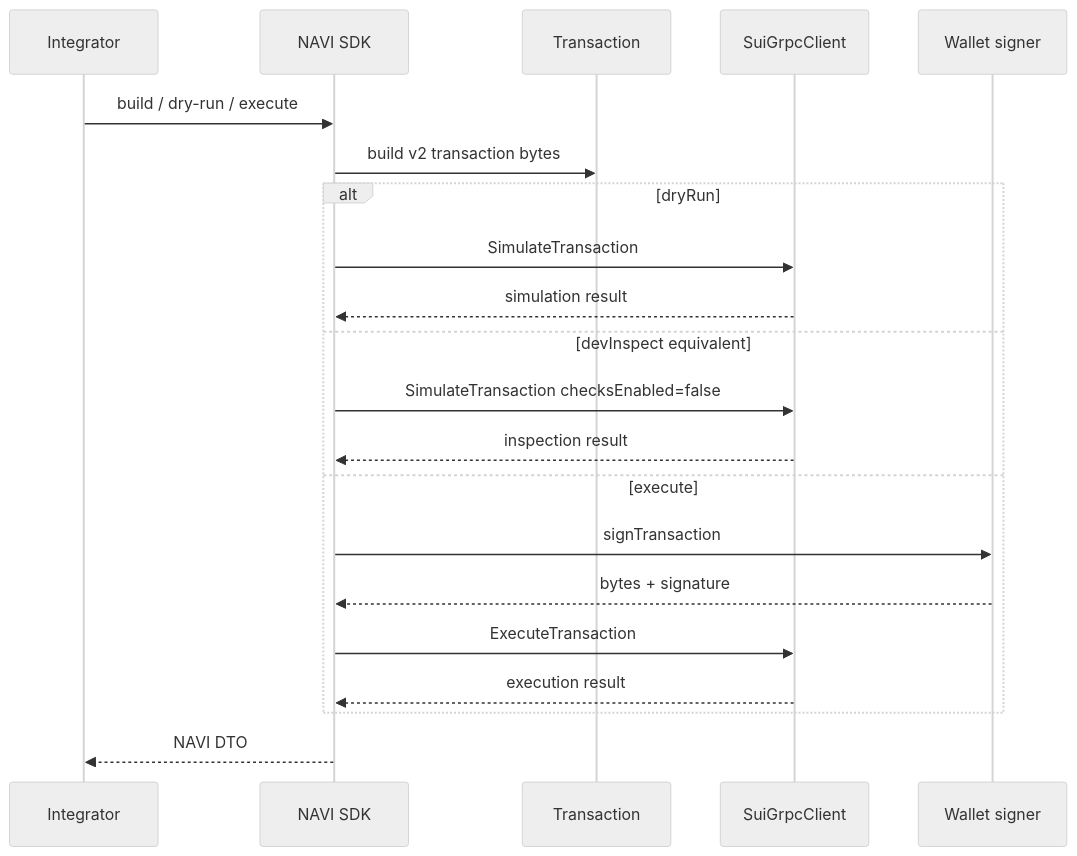
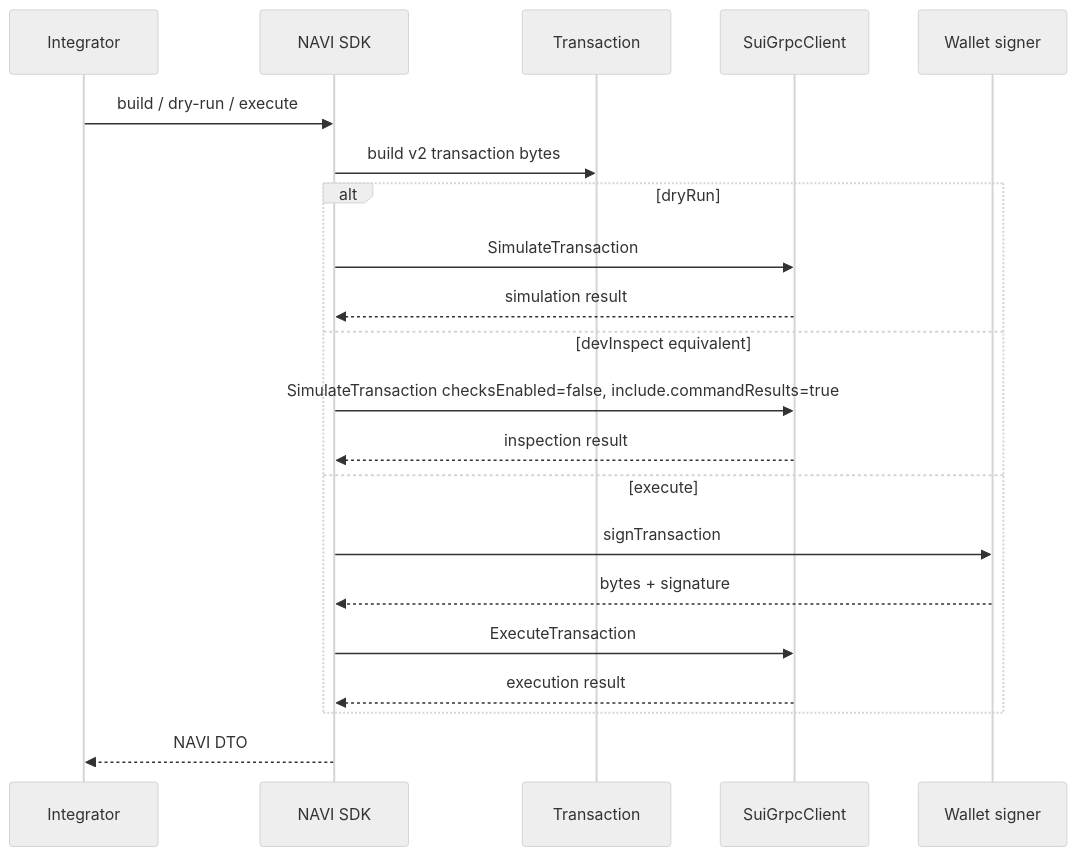
Before and after one commit to naviprotocol/naviprotocol-monorepo: the fourth of 4 diagrams in docs/sui-sdk-v2-upgrade/grpc-adaptation-technical-design.md, drawn with Mermaid (neutral theme). The commit also changed other lines of this file, not shown here.

````diff
--- a/docs/sui-sdk-v2-upgrade/grpc-adaptation-technical-design.md
+++ b/docs/sui-sdk-v2-upgrade/grpc-adaptation-technical-design.md
@@ -287,24 +472,24 @@
 ```mermaid
 sequenceDiagram
   participant App as Integrator
   participant SDK as NAVI SDK
   participant Tx as Transaction
   participant Grpc as SuiGrpcClient
   participant Signer as Wallet signer
 
   App->>SDK: build / dry-run / execute
   SDK->>Tx: build v2 transaction bytes
   alt dryRun
     SDK->>Grpc: SimulateTransaction
     Grpc-->>SDK: simulation result
   else devInspect equivalent
-    SDK->>Grpc: SimulateTransaction checksEnabled=false
+    SDK->>Grpc: SimulateTransaction checksEnabled=false, include.commandResults=true
     Grpc-->>SDK: inspection result
   else execute
     SDK->>Signer: signTransaction
     Signer-->>SDK: bytes + signature
     SDK->>Grpc: ExecuteTransaction
     Grpc-->>SDK: execution result
   end
   SDK-->>App: NAVI DTO
 ```
````
